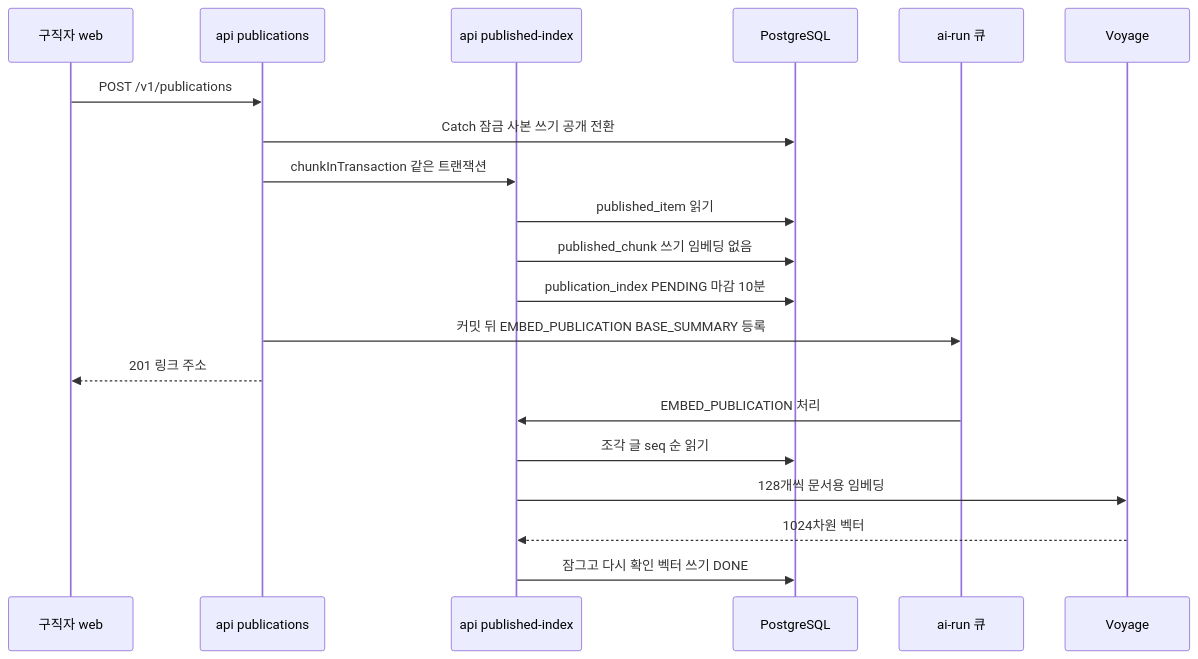
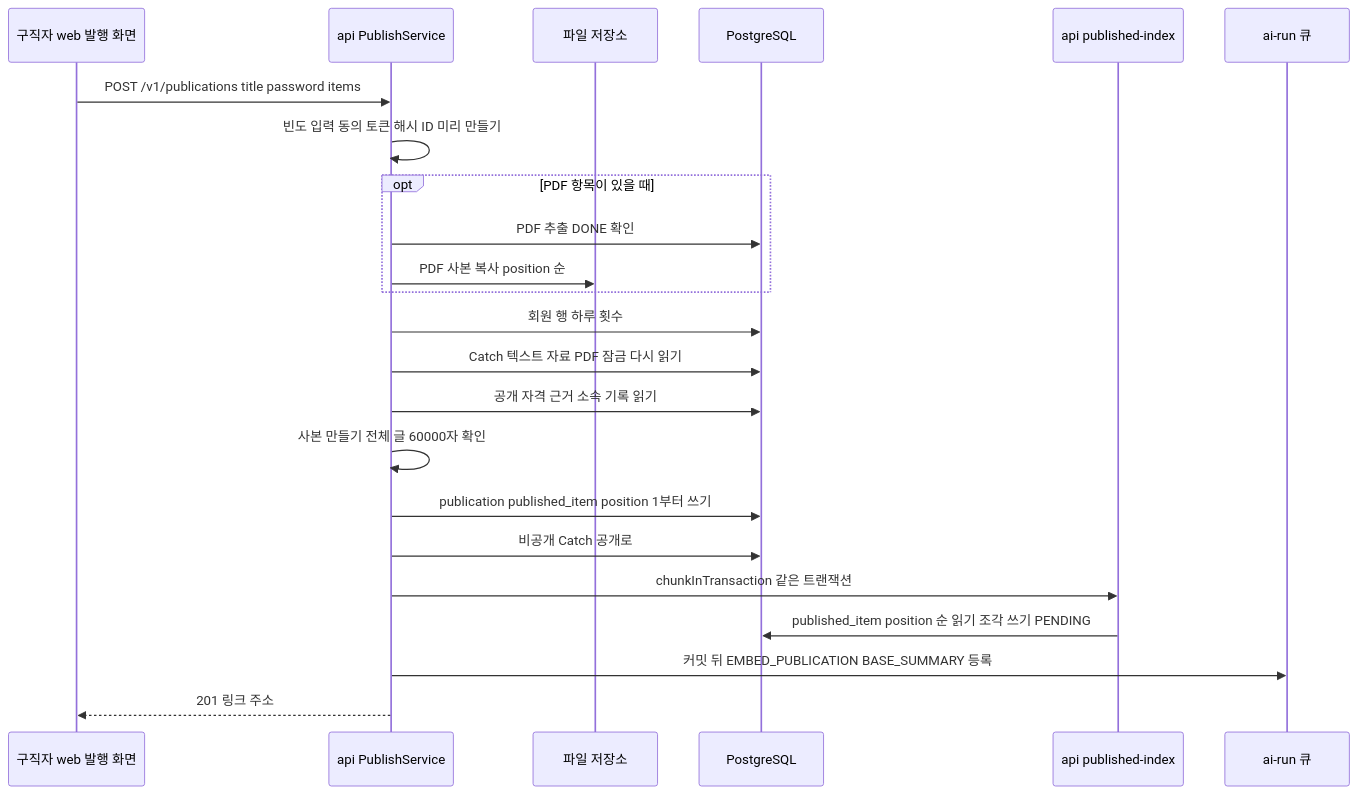
One commit to JminAILab/CatchU changed the third of 8 diagrams in aidlc/spaces/default/codekb/CatchU/architecture.md. Above: the diagram before and after it, drawn with Mermaid. The commit also changed other lines of this file and 12 other files, not shown here.

````diff
--- a/aidlc/spaces/default/codekb/CatchU/architecture.md
+++ b/aidlc/spaces/default/codekb/CatchU/architecture.md
@@ -178,22 +197,25 @@
 ```mermaid
 sequenceDiagram
-  participant Author as 구직자 web
-  participant Pub as api publications
+  participant Author as 구직자 web 발행 화면
+  participant Pub as api PublishService
+  participant FS as 파일 저장소
+  participant DB as PostgreSQL
   participant Idx as api published-index
-  participant DB as PostgreSQL
   participant Run as ai-run 큐
-  participant Vo as Voyage
-  Author->>Pub: POST /v1/publications
-  Pub->>DB: Catch 잠금 사본 쓰기 공개 전환
+  Author->>Pub: POST /v1/publications title password items
+  Pub->>Pub: 빈도 입력 동의 토큰 해시 ID 미리 만들기
+  opt PDF 항목이 있을 때
+    Pub->>DB: PDF 추출 DONE 확인
+    Pub->>FS: PDF 사본 복사 position 순
+  end
+  Pub->>DB: 회원 행 하루 횟수
+  Pub->>DB: Catch 텍스트 자료 PDF 잠금 다시 읽기
+  Pub->>DB: 공개 자격 근거 소속 기록 읽기
+  Pub->>Pub: 사본 만들기 전체 글 60000자 확인
+  Pub->>DB: publication published_item position 1부터 쓰기
+  Pub->>DB: 비공개 Catch 공개로
   Pub->>Idx: chunkInTransaction 같은 트랜잭션
-  Idx->>DB: published_item 읽기
-  Idx->>DB: published_chunk 쓰기 임베딩 없음
-  Idx->>DB: publication_index PENDING 마감 10분
+  Idx->>DB: published_item position 순 읽기 조각 쓰기 PENDING
   Pub->>Run: 커밋 뒤 EMBED_PUBLICATION BASE_SUMMARY 등록
   Pub-->>Author: 201 링크 주소
-  Run->>Idx: EMBED_PUBLICATION 처리
-  Idx->>DB: 조각 글 seq 순 읽기
-  Idx->>Vo: 128개씩 문서용 임베딩
-  Vo-->>Idx: 1024차원 벡터
-  Idx->>DB: 잠그고 다시 확인 벡터 쓰기 DONE
 ```
````
